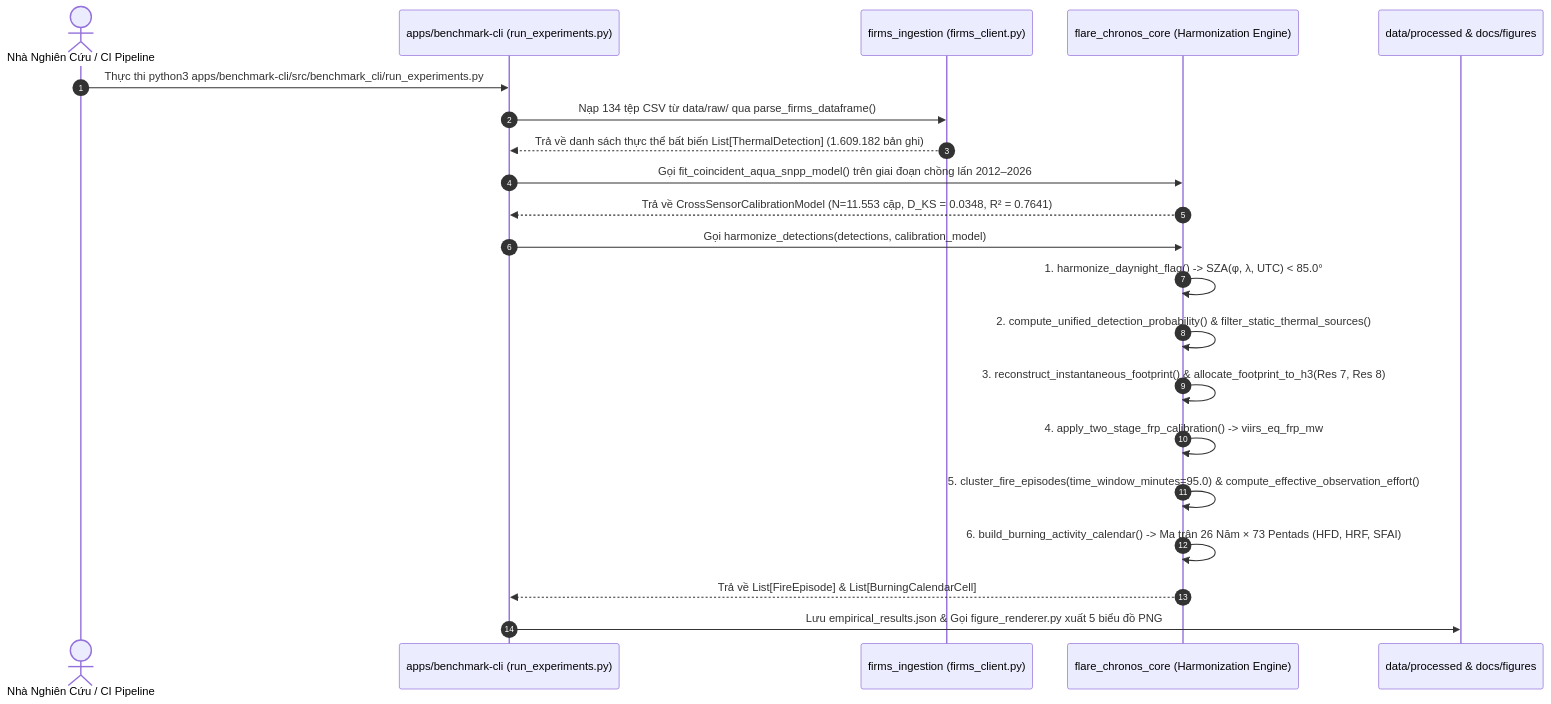
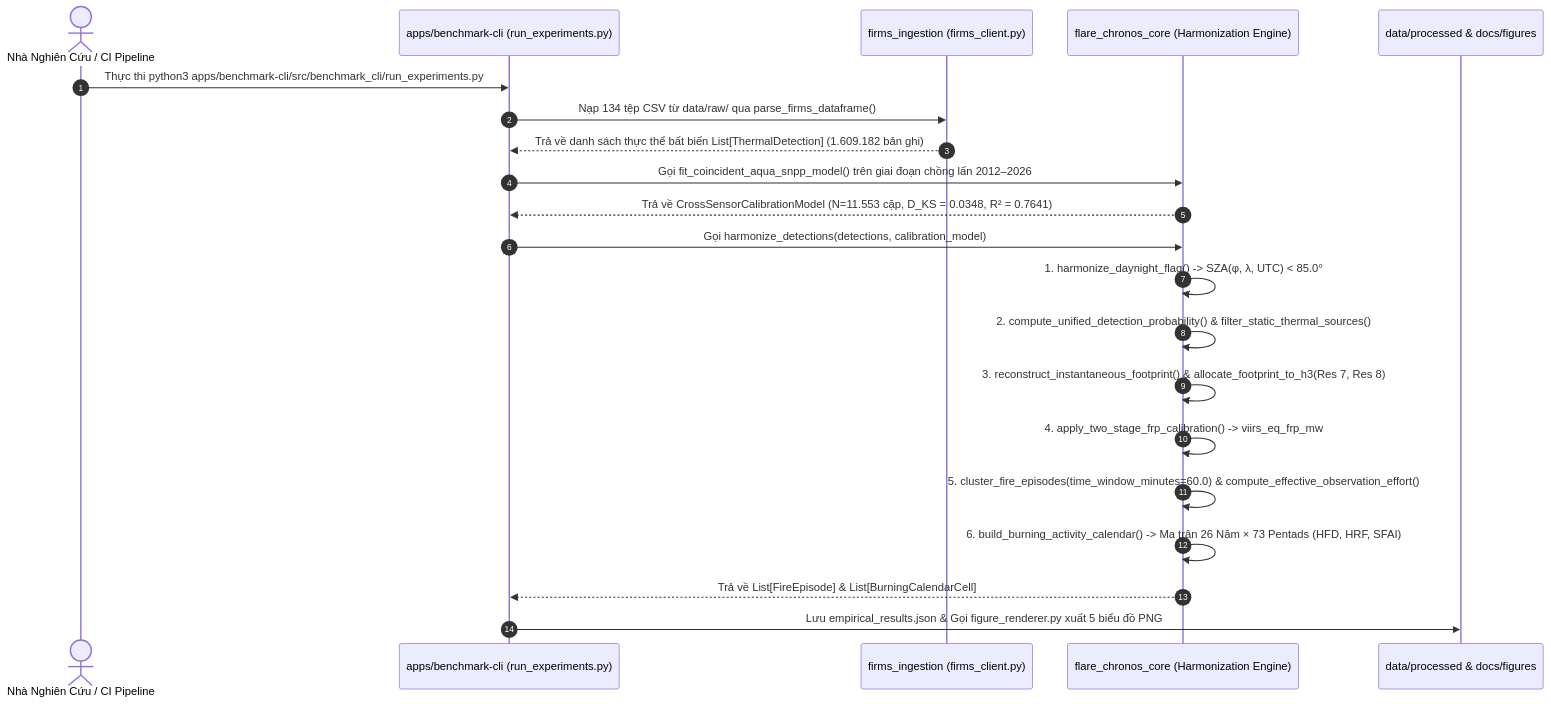
One commit to the-aris-club/flare-chronos changed the second of 3 diagrams in exports/REPORT.md. Above: the diagram before and after it, drawn with Mermaid. The commit also changed other lines of this file and 23 other files, not shown here.

````diff
--- a/exports/REPORT.md
+++ b/exports/REPORT.md
@@ -127,24 +127,24 @@
 ```mermaid
 sequenceDiagram
     autonumber
     actor Dev as Nhà Nghiên Cứu / CI Pipeline
     participant CLI as apps/benchmark-cli (run_experiments.py)
     participant Ingest as firms_ingestion (firms_client.py)
     participant Core as flare_chronos_core (Harmonization Engine)
     participant Store as data/processed & docs/figures
 
     Dev->>CLI: Thực thi python3 apps/benchmark-cli/src/benchmark_cli/run_experiments.py
     CLI->>Ingest: Nạp 134 tệp CSV từ data/raw/ qua parse_firms_dataframe()
     Ingest-->>CLI: Trả về danh sách thực thể bất biến List[ThermalDetection] (1.609.182 bản ghi)
     CLI->>Core: Gọi fit_coincident_aqua_snpp_model() trên giai đoạn chồng lấn 2012–2026
     Core-->>CLI: Trả về CrossSensorCalibrationModel (N=11.553 cặp, D_KS = 0.0348, R² = 0.7641)
     CLI->>Core: Gọi harmonize_detections(detections, calibration_model)
     Core->>Core: 1. harmonize_daynight_flag() -> SZA(φ, λ, UTC) < 85.0°
     Core->>Core: 2. compute_unified_detection_probability() & filter_static_thermal_sources()
     Core->>Core: 3. reconstruct_instantaneous_footprint() & allocate_footprint_to_h3(Res 7, Res 8)
     Core->>Core: 4. apply_two_stage_frp_calibration() -> viirs_eq_frp_mw
-    Core->>Core: 5. cluster_fire_episodes(time_window_minutes=95.0) & compute_effective_observation_effort()
+    Core->>Core: 5. cluster_fire_episodes(time_window_minutes=60.0) & compute_effective_observation_effort()
     Core->>Core: 6. build_burning_activity_calendar() -> Ma trận 26 Năm × 73 Pentads (HFD, HRF, SFAI)
     Core-->>CLI: Trả về List[FireEpisode] & List[BurningCalendarCell]
     CLI->>Store: Lưu empirical_results.json & Gọi figure_renderer.py xuất 5 biểu đồ PNG
 ```
````
